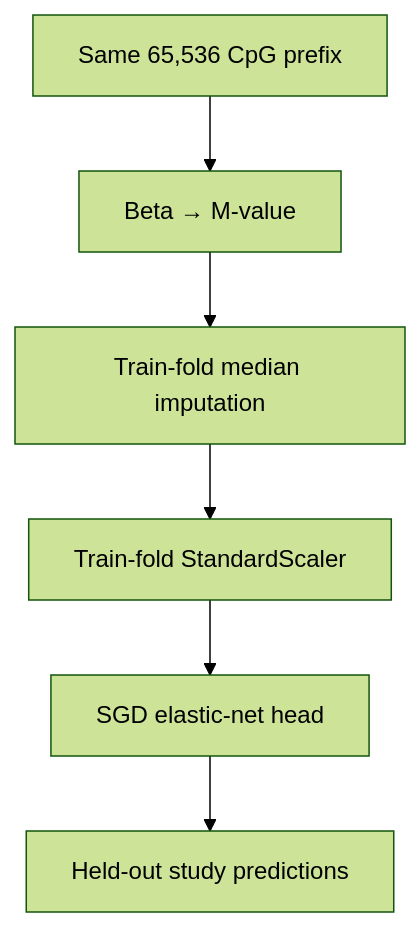
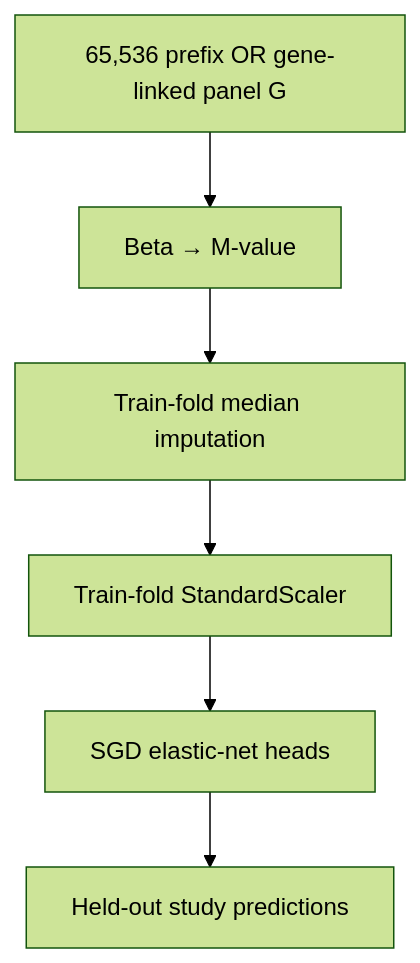
One commit to mityasmirnov/methyl-burden-score changed the third of 3 diagrams in docs/ARCHITECTURE.md. Above: the diagram before and after it, drawn with Mermaid (forest theme). The commit also changed other lines of this file and 10 other files, not shown here.

````diff
--- a/docs/ARCHITECTURE.md
+++ b/docs/ARCHITECTURE.md
@@ -101,8 +128,8 @@
 ```mermaid
 flowchart TD
-  A["Same 65,536 CpG prefix"] --> B["Beta → M-value"]
+  A["65,536 prefix OR gene-linked panel G"] --> B["Beta → M-value"]
   B --> C["Train-fold median imputation"]
   C --> D["Train-fold StandardScaler"]
-  D --> E["SGD elastic-net head"]
+  D --> E["SGD elastic-net heads"]
   E --> F["Held-out study predictions"]
 ```
````
